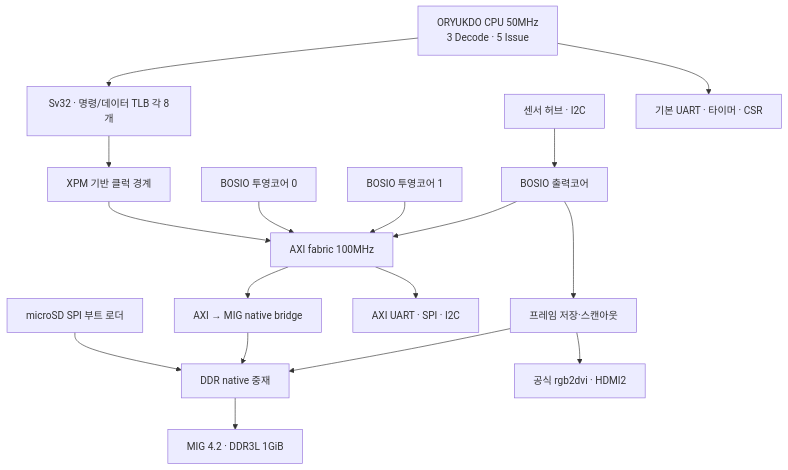
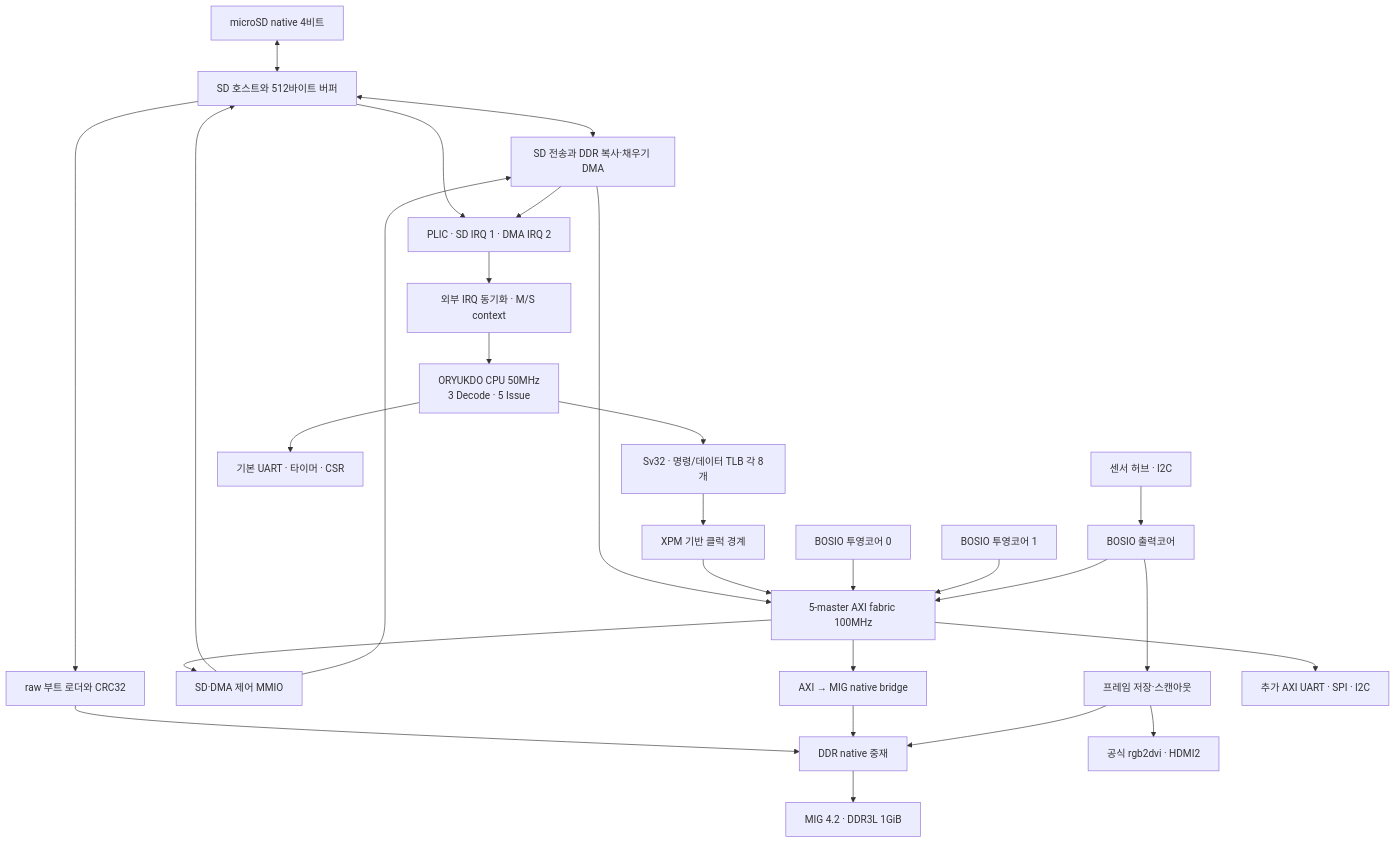
The diagram in docs/구조.md (VARZero/ORYUKDO-3d5i_BOSIO_SoC), drawn with Mermaid before and after one commit. The commit also changed other lines of this file and 10 other files, not shown here.

````diff
--- a/docs/구조.md
+++ b/docs/구조.md
@@ -3,19 +9,30 @@
 ```mermaid
 flowchart TD
-  SD[microSD SPI 부트 로더] --> ARB[DDR native 중재]
+  SD[microSD native 4비트] <--> BUF[SD 호스트와 512바이트 버퍼]
+  BUF --> BOOT[raw 부트 로더와 CRC32]
+  BOOT --> ARB[DDR native 중재]
+  BUF <--> DMA[SD 전송과 DDR 복사·채우기 DMA]
+  DMA --> AXI[5-master AXI fabric 100MHz]
   CPU[ORYUKDO CPU 50MHz<br/>3 Decode · 5 Issue] --> MMU[Sv32 · 명령/데이터 TLB 각 8개]
   MMU --> CDC[XPM 기반 클럭 경계]
-  CDC --> AXI[AXI fabric 100MHz]
+  CDC --> AXI
   P0[BOSIO 투영코어 0] --> AXI
   P1[BOSIO 투영코어 1] --> AXI
   OUT[BOSIO 출력코어] --> AXI
   SENSOR[센서 허브 · I2C] --> OUT
+  AXI --> CTRL[SD·DMA 제어 MMIO]
+  CTRL --> BUF
+  CTRL --> DMA
+  BUF --> PLIC[PLIC · SD IRQ 1 · DMA IRQ 2]
+  DMA --> PLIC
+  PLIC --> IRQ[외부 IRQ 동기화 · M/S context]
+  IRQ --> CPU
   AXI --> BRIDGE[AXI → MIG native bridge]
   BRIDGE --> ARB
   OUT --> VIDEO[프레임 저장·스캔아웃]
   VIDEO --> ARB
   ARB --> MIG[MIG 4.2 · DDR3L 1GiB]
   VIDEO --> HDMI[공식 rgb2dvi · HDMI2]
-  AXI --> IO[AXI UART · SPI · I2C]
+  AXI --> IO[추가 AXI UART · SPI · I2C]
   CPU --> CONSOLE[기본 UART · 타이머 · CSR]
 ```
````
